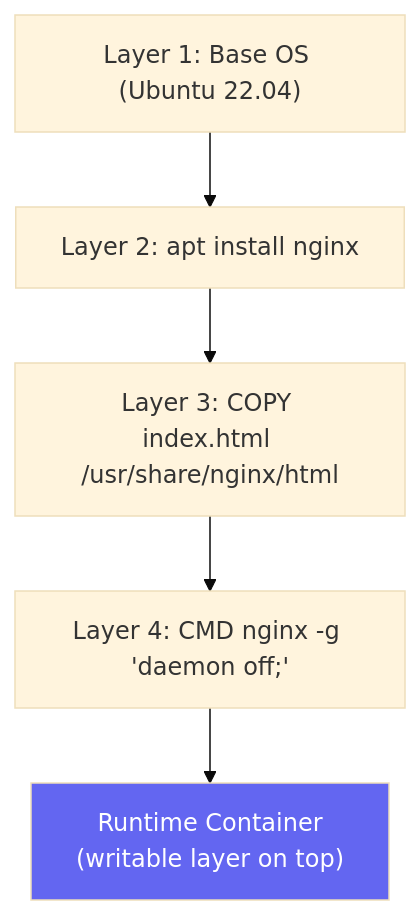
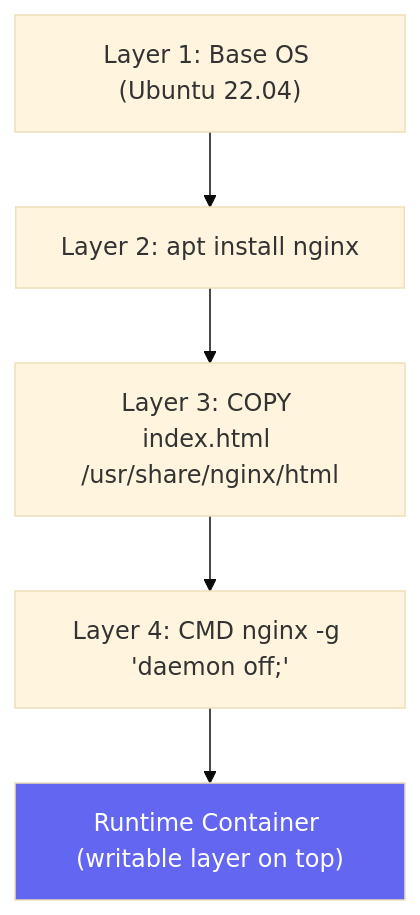
Before and after one commit to UncleJS/course_k3s: the second of 4 diagrams in 00_prerequisites/01_linux_and_containers_primer.md, drawn with Mermaid (base theme). The commit also changed 57 other files, not shown here.

````diff
--- a/00_prerequisites/01_linux_and_containers_primer.md
+++ b/00_prerequisites/01_linux_and_containers_primer.md
@@ -153,11 +153,11 @@
 ```mermaid
 graph TB
     L1["Layer 1: Base OS (Ubuntu 22.04)"]
     L2["Layer 2: apt install nginx"]
     L3["Layer 3: COPY index.html /usr/share/nginx/html"]
     L4["Layer 4: CMD nginx -g 'daemon off;'"]
     L1 --> L2 --> L3 --> L4
-    L4 --> R["Runtime Container\n(writable layer on top)"]
+    L4 --> R["Runtime Container (writable layer on top)"]
 
     style R fill:#6366f1,color:#fff
 ```
````
